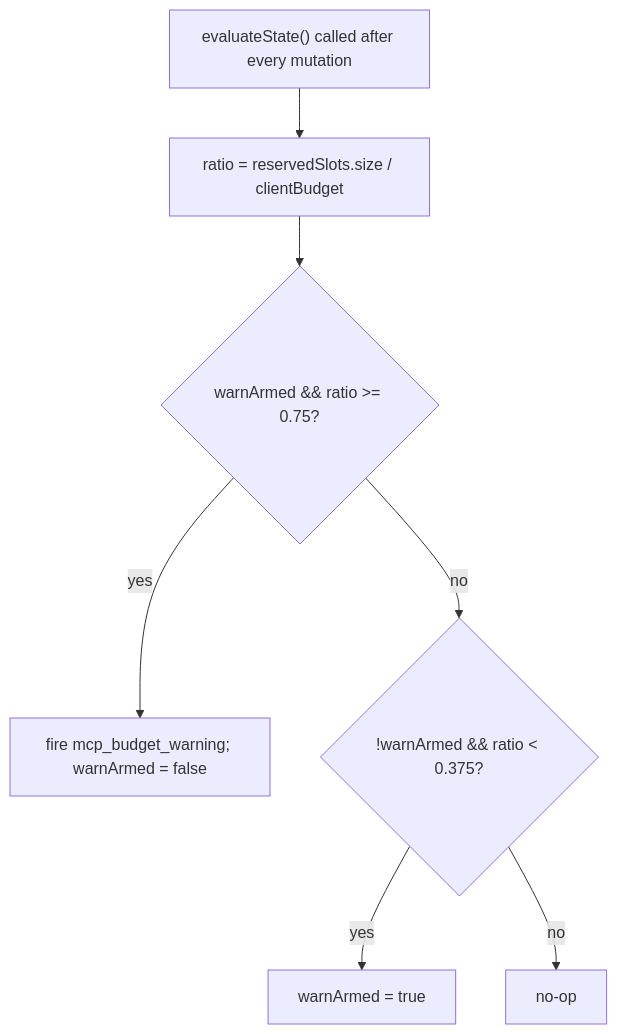
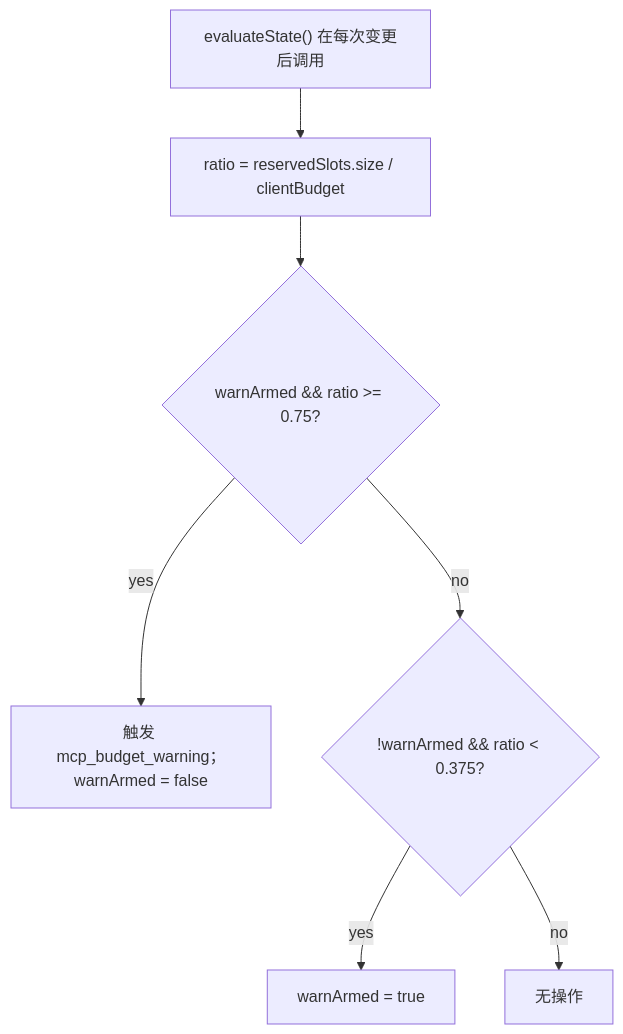
One commit to QwenLM/qwen-code-docs changed the second of 3 diagrams in website/content/zh/developers/daemon/06-mcp-budget-guardrails.md. Above: the diagram before and after it, drawn with Mermaid. The commit also changed other lines of this file and 1077 other files, not shown here.

````diff
--- a/website/content/zh/developers/daemon/06-mcp-budget-guardrails.md
+++ b/website/content/zh/developers/daemon/06-mcp-budget-guardrails.md
@@ -74,9 +74,9 @@
 ```mermaid
 flowchart TD
-    EV["evaluateState() called after every mutation"] --> R["ratio = reservedSlots.size / clientBudget"]
+    EV["evaluateState() 在每次变更后调用"] --> R["ratio = reservedSlots.size / clientBudget"]
     R --> U{"warnArmed && ratio >= 0.75?"}
-    U -->|yes| FIRE["fire mcp_budget_warning; warnArmed = false"]
+    U -->|yes| FIRE["触发 mcp_budget_warning；warnArmed = false"]
     U -->|no| D{"!warnArmed && ratio < 0.375?"}
     D -->|yes| ARM["warnArmed = true"]
-    D -->|no| NOOP[no-op]
+    D -->|no| NOOP[无操作]
 ```
````
